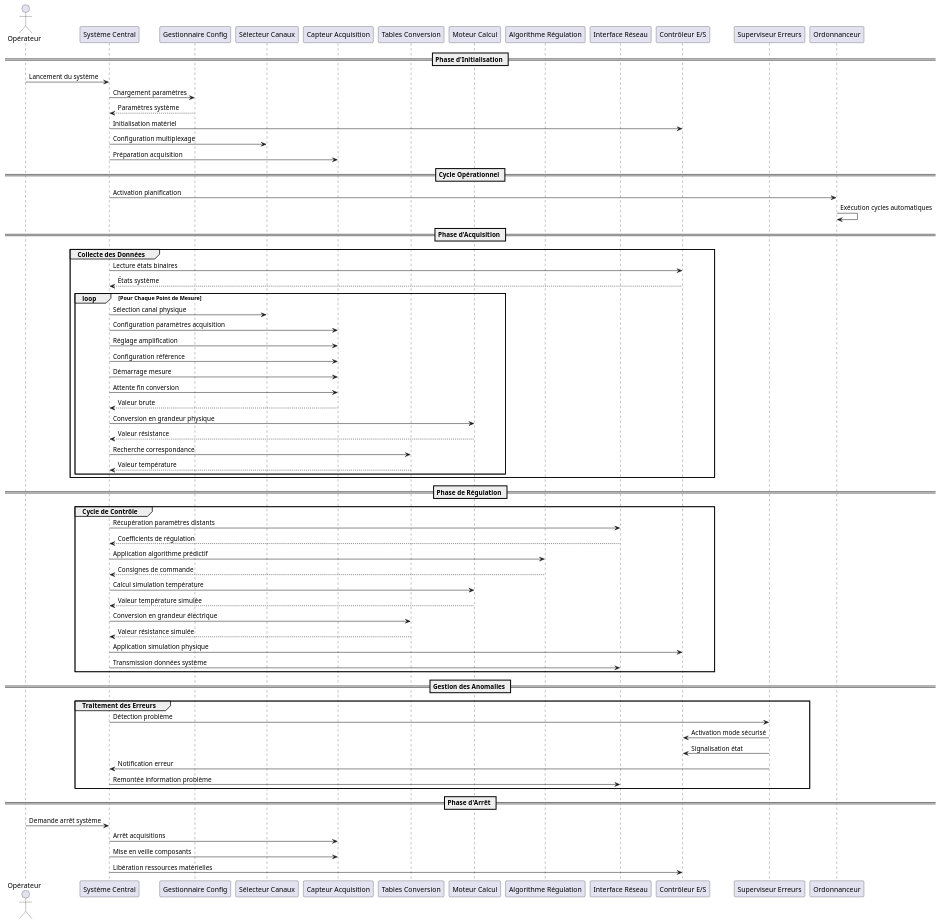
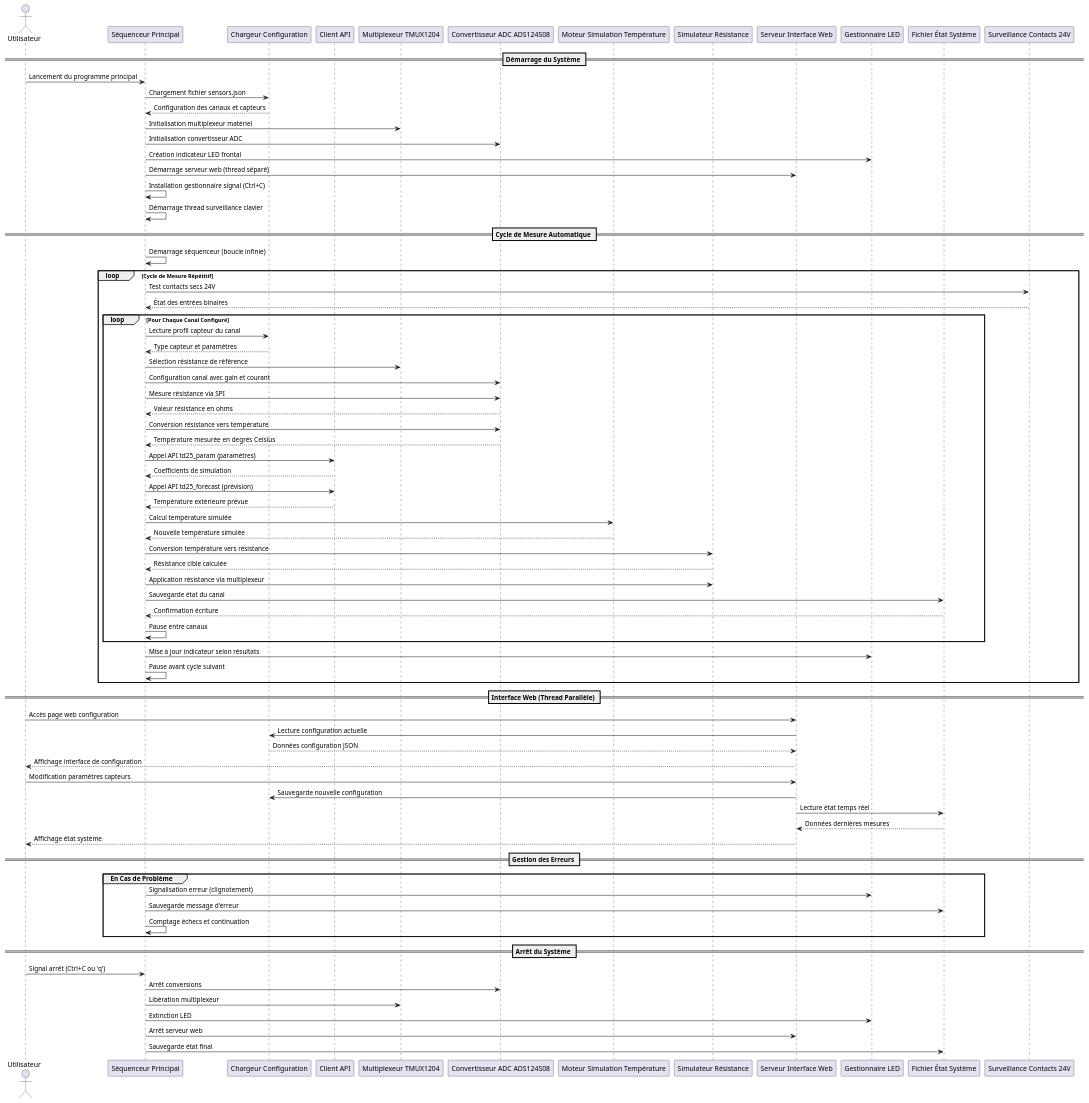
Before and after one commit to LeoMendesEsEtml/2510_RegulationChauffage: the diagram in soft/src/UML_Diagram/event_flow_generic.puml, drawn with PlantUML. The commit also changed 4 other files, not shown here.

```diff
--- a/soft/src/UML_Diagram/event_flow_generic.puml
+++ b/soft/src/UML_Diagram/event_flow_generic.puml
@@ -1,84 +1,102 @@
 @startuml EventFlow
 
-' Acteurs et composants logiques
-actor "Opérateur" as user
-participant "Système Central" as main
-participant "Gestionnaire Config" as config
-participant "Sélecteur Canaux" as selector
-participant "Capteur Acquisition" as sensor
-participant "Tables Conversion" as tables
-participant "Moteur Calcul" as calculator
-participant "Algorithme Régulation" as regulation
-participant "Interface Réseau" as network
-participant "Contrôleur E/S" as io
-participant "Superviseur Erreurs" as monitor
-participant "Ordonnanceur" as scheduler
+' Acteurs et composants réels du système
+actor "Utilisateur" as user
+participant "Séquenceur Principal" as main
+participant "Chargeur Configuration" as config_loader
+participant "Client API" as api_client
+participant "Multiplexeur TMUX1204" as tmux
+participant "Convertisseur ADC ADS124S08" as adc
+participant "Moteur Simulation Température" as temp_sim
+participant "Simulateur Résistance" as resist_sim
+participant "Serveur Interface Web" as webui
+participant "Gestionnaire LED" as led_manager
+participant "Fichier État Système" as state_file
+participant "Surveillance Contacts 24V" as dry_contact
 
-' Séquence d'initialisation
-== Phase d'Initialisation ==
-user -> main : Lancement du système
-main -> config : Chargement paramètres
-config --> main : Paramètres système
-main -> io : Initialisation matériel
-main -> selector : Configuration multiplexage
-main -> sensor : Préparation acquisition
+' Séquence de démarrage
+== Démarrage du Système ==
+user -> main : Lancement du programme principal
+main -> config_loader : Chargement fichier sensors.json
+config_loader --> main : Configuration des canaux et capteurs
+main -> tmux : Initialisation multiplexeur matériel
+main -> adc : Initialisation convertisseur ADC
+main -> led_manager : Création indicateur LED frontal
+main -> webui : Démarrage serveur web (thread séparé)
+main -> main : Installation gestionnaire signal (Ctrl+C)
+main -> main : Démarrage thread surveillance clavier
 
-' Séquence de cycle principal
-== Cycle Opérationnel ==
-main -> scheduler : Activation planification
-scheduler -> scheduler : Exécution cycles automatiques
+' Séquence du cycle principal automatique
+== Cycle de Mesure Automatique ==
+main -> main : Démarrage séquenceur (boucle infinie)
 
-' Séquence de mesure
-== Phase d'Acquisition ==
-group Collecte des Données
-    main -> io : Lecture états binaires
-    io --> main : États système
+loop Cycle de Mesure Répétitif
+    main -> dry_contact : Test contacts secs 24V
+    dry_contact --> main : État des entrées binaires
     
-    loop Pour Chaque Point de Mesure
-        main -> selector : Sélection canal physique
-        main -> sensor : Configuration paramètres acquisition
-        main -> sensor : Réglage amplification
-        main -> sensor : Configuration référence
-        main -> sensor : Démarrage mesure
-        main -> sensor : Attente fin conversion
-        sensor --> main : Valeur brute
-        main -> calculator : Conversion en grandeur physique
-        calculator --> main : Valeur résistance
-        main -> tables : Recherche correspondance
-        tables --> main : Valeur température
+    loop Pour Chaque Canal Configuré
+        ' Phase de préparation mesure
+        main -> config_loader : Lecture profil capteur du canal
+        config_loader --> main : Type capteur et paramètres
+        main -> tmux : Sélection résistance de référence
+        main -> adc : Configuration canal avec gain et courant
+        
+        ' Phase de mesure
+        main -> adc : Mesure résistance via SPI
+        adc --> main : Valeur résistance en ohms
+        main -> adc : Conversion résistance vers température
+        adc --> main : Température mesurée en degrés Celsius
+        
+        ' Phase de récupération API
+        main -> api_client : Appel API td25_param (paramètres)
+        api_client --> main : Coefficients de simulation
+        main -> api_client : Appel API td25_forecast (prévision)
+        api_client --> main : Température extérieure prévue
+        
+        ' Phase de simulation
+        main -> temp_sim : Calcul température simulée
+        temp_sim --> main : Nouvelle température simulée
+        main -> resist_sim : Conversion température vers résistance
+        resist_sim --> main : Résistance cible calculée
+        main -> resist_sim : Application résistance via multiplexeur
+        
+        ' Phase de sauvegarde
+        main -> state_file : Sauvegarde état du canal
+        state_file --> main : Confirmation écriture
+        
+        main -> main : Pause entre canaux
     end
+    
+    ' Bilan fin de cycle
+    main -> led_manager : Mise à jour indicateur selon résultats
+    main -> main : Pause avant cycle suivant
 end
 
-' Séquence de régulation
-== Phase de Régulation ==
-group Cycle de Contrôle
-    main -> network : Récupération paramètres distants
-    network --> main : Coefficients de régulation
-    main -> regulation : Application algorithme prédictif
-    regulation --> main : Consignes de commande
-    main -> calculator : Calcul simulation température
-    calculator --> main : Valeur température simulée
-    main -> tables : Conversion en grandeur électrique
-    tables --> main : Valeur résistance simulée
-    main -> io : Application simulation physique
-    main -> network : Transmission données système
+' Séquences parallèles
+== Interface Web (Thread Parallèle) ==
+user -> webui : Accès page web configuration
+webui -> config_loader : Lecture configuration actuelle
+config_loader --> webui : Données configuration JSON
+webui --> user : Affichage interface de configuration
+user -> webui : Modification paramètres capteurs
+webui -> config_loader : Sauvegarde nouvelle configuration
+webui -> state_file : Lecture état temps réel
+state_file --> webui : Données dernières mesures
+webui --> user : Affichage état système
+
+== Gestion des Erreurs ==
+group En Cas de Problème
+    main -> led_manager : Signalisation erreur (clignotement)
+    main -> state_file : Sauvegarde message d'erreur
+    main -> main : Comptage échecs et continuation
 end
 
-' Séquence de traitement d'erreur
-== Gestion des Anomalies ==
-group Traitement des Erreurs
-    main -> monitor : Détection problème
-    monitor -> io : Activation mode sécurisé
-    monitor -> io : Signalisation état
-    monitor -> main : Notification erreur
-    main -> network : Remontée information problème
-end
-
-' Séquence d'arrêt
-== Phase d'Arrêt ==
-user -> main : Demande arrêt système
-main -> sensor : Arrêt acquisitions
-main -> sensor : Mise en veille composants
-main -> io : Libération ressources matérielles
+== Arrêt du Système ==
+user -> main : Signal arrêt (Ctrl+C ou 'q')
+main -> adc : Arrêt conversions
+main -> tmux : Libération multiplexeur
+main -> led_manager : Extinction LED
+main -> webui : Arrêt serveur web
+main -> state_file : Sauvegarde état final
 
 @enduml
```
